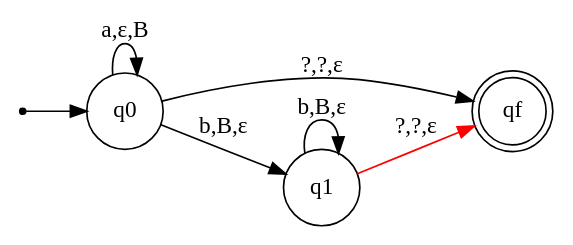
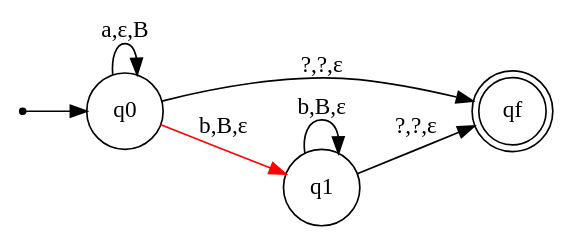
One commit to AndrExAgris/LFA changed the diagram in automata.dot. Above: the diagram before and after it, drawn with Graphviz. The commit also changed 3 other files, not shown here.

```diff
--- a/automata.dot
+++ b/automata.dot
@@ -1,13 +1,13 @@
 digraph X {
 rankdir=LR;
 init [shape=point]
 node[shape=circle]
 init -> q0
 node[shape=doublecircle] qf;
 node[shape=circle]
  q0 -> q0 [label="a,ε,B"]
- q0 -> q1 [label="b,B,ε"]
+ q0 -> q1 [label="b,B,ε", color="red"]
  q0 -> qf [label="?,?,ε"]
  q1 -> q1 [label="b,B,ε"]
- q1 -> qf [label="?,?,ε", color="red"]
+ q1 -> qf [label="?,?,ε"]
 }
```
